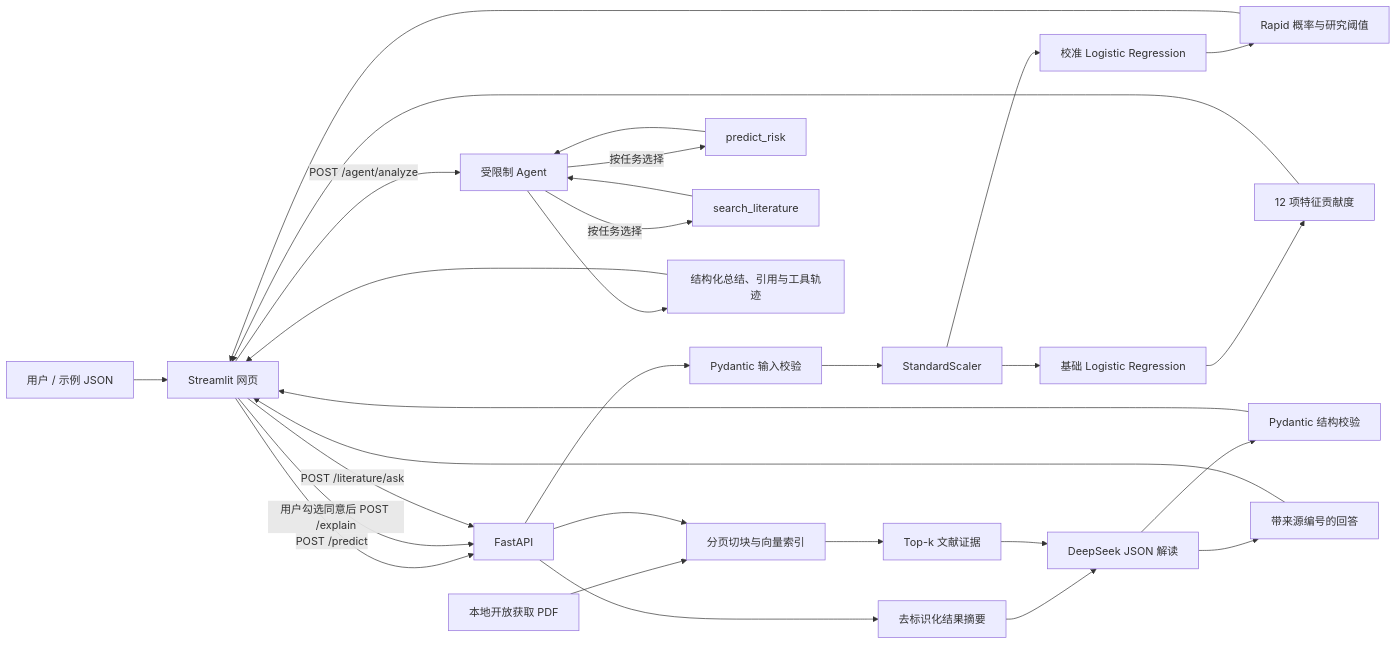
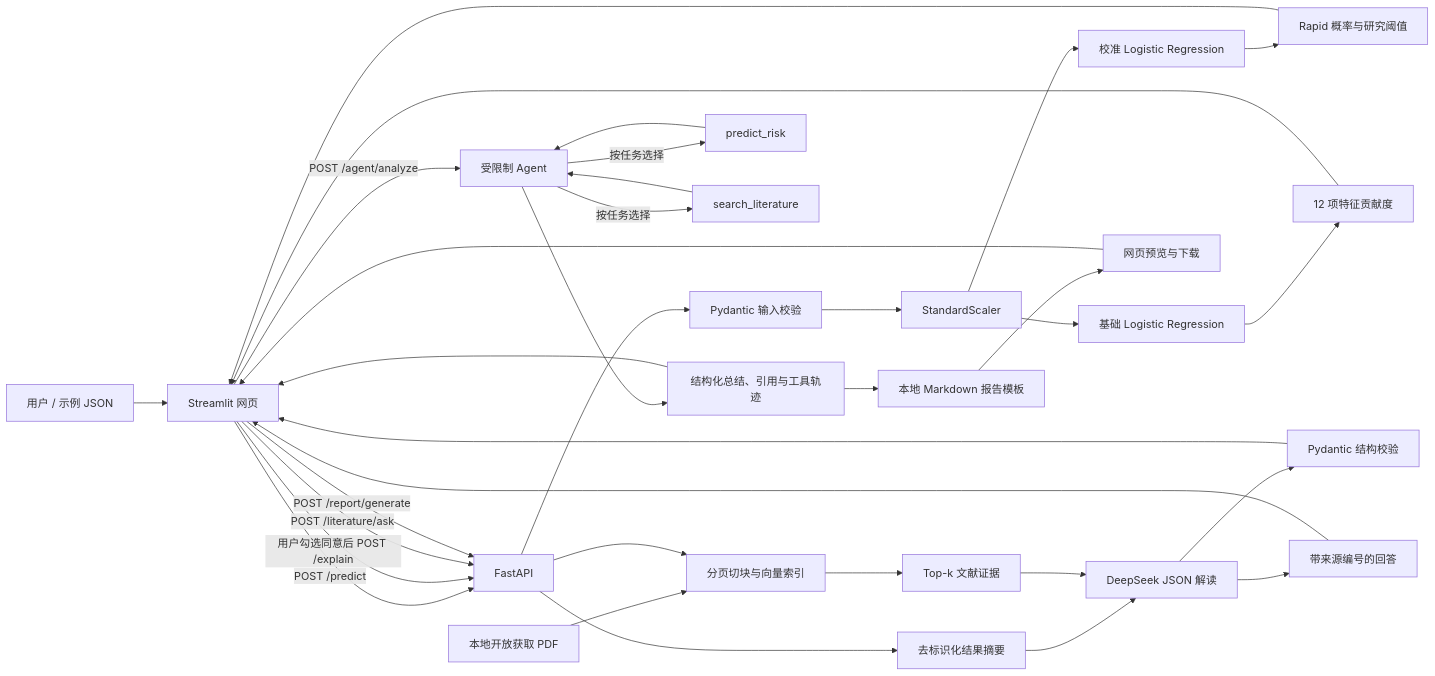
The diagram in README.md (xia510/ppmi-rapid-subtype-prediction-demo), drawn with Mermaid before and after one commit. The commit also changed other lines of this file and 2 other files, not shown here.

Commit message:
docs: explain evidence report workflow

````diff
--- a/README.md
+++ b/README.md
@@ -32,32 +34,36 @@
 ```mermaid
 flowchart LR
     U[用户 / 示例 JSON] --> UI[Streamlit 网页]
     UI -->|POST /predict| API[FastAPI]
     API --> V[Pydantic 输入校验]
     V --> S[StandardScaler]
     S --> C[校准 Logistic Regression]
     C --> P[Rapid 概率与研究阈值]
     S --> B[基础 Logistic Regression]
     B --> F[12 项特征贡献度]
     P --> UI
     F --> UI
     UI -->|用户勾选同意后 POST /explain| API
     API --> D[去标识化结果摘要]
     D --> L[DeepSeek JSON 解读]
     L --> J[Pydantic 结构校验]
     J --> UI
     PDF[本地开放获取 PDF] --> IDX[分页切块与向量索引]
     UI -->|POST /literature/ask| API
     API --> IDX
     IDX --> E[Top-k 文献证据]
     E --> L
     L --> R[带来源编号的回答]
     R --> UI
     UI -->|POST /agent/analyze| A[受限制 Agent]
     A -->|按任务选择| AT1[predict_risk]
     A -->|按任务选择| AT2[search_literature]
     AT1 --> A
     AT2 --> A
     A --> AR[结构化总结、引用与工具轨迹]
     AR --> UI
+    UI -->|POST /report/generate| API
+    AR --> MR[本地 Markdown 报告模板]
+    MR --> DL[网页预览与下载]
+    DL --> UI
 ```
````
